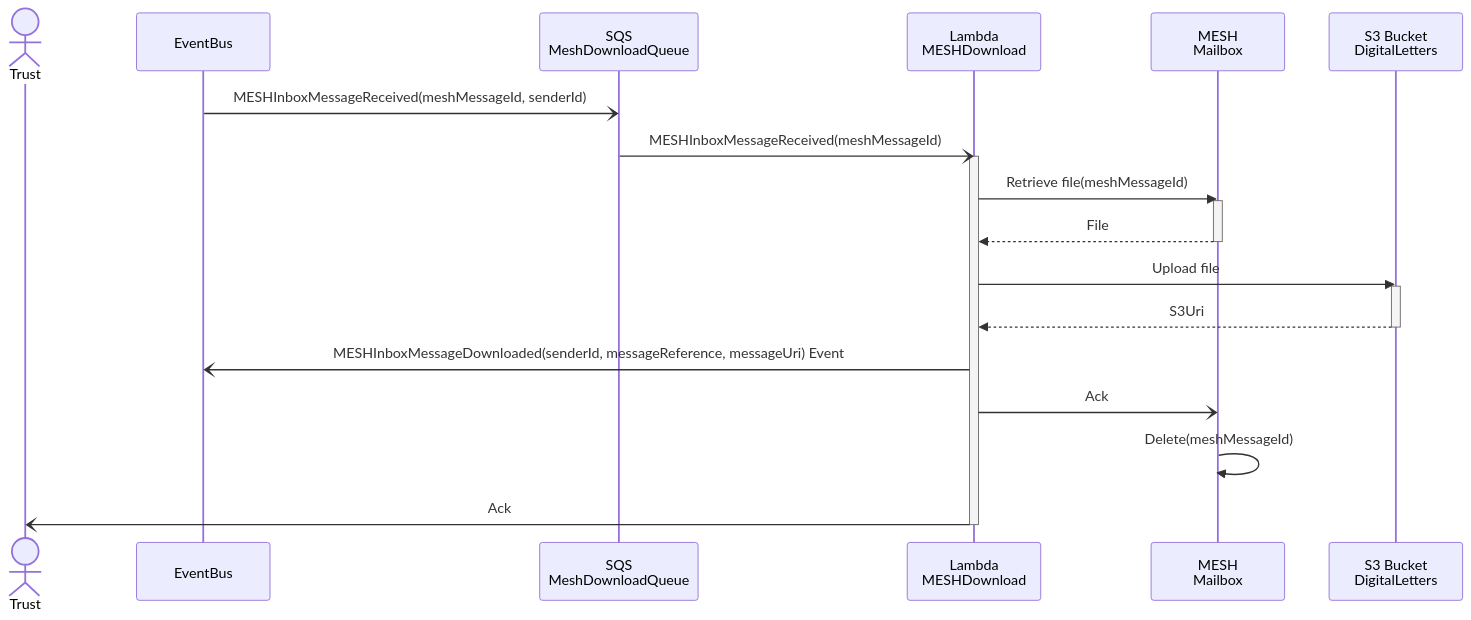
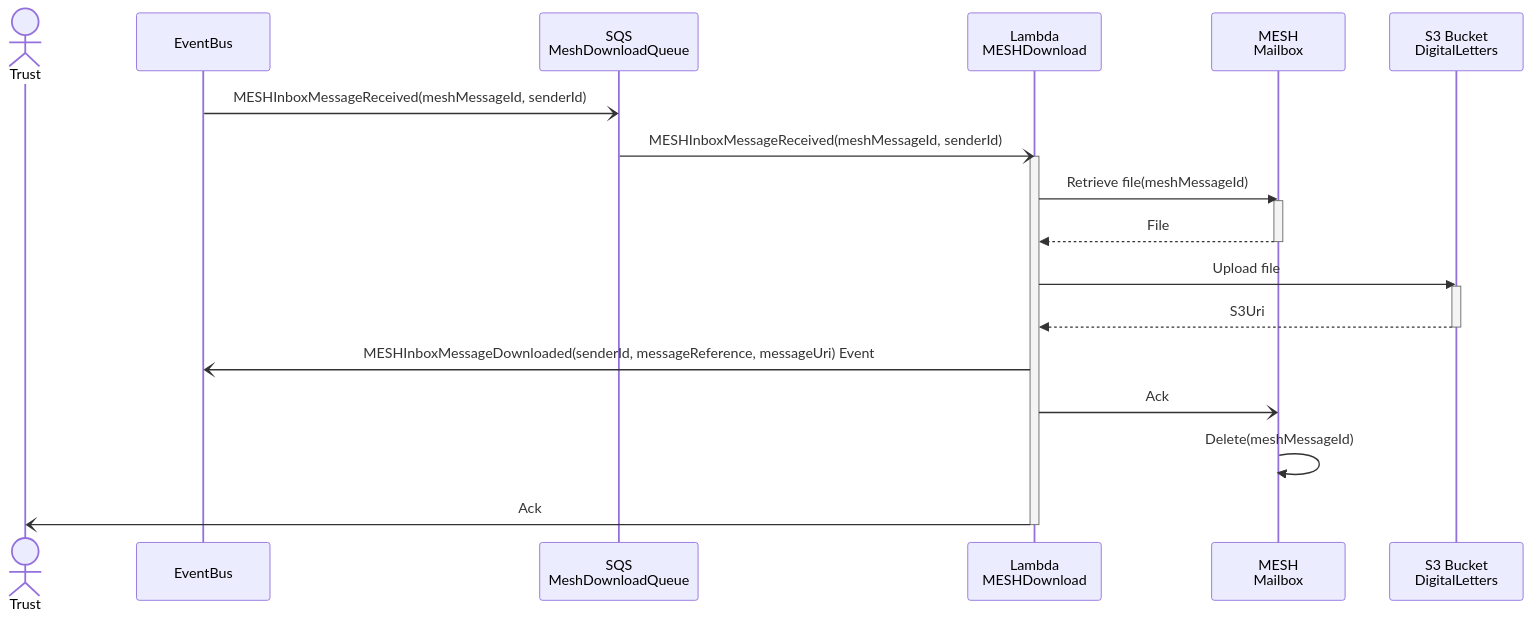
One commit to NHSDigital/nhs-notify-digital-letters changed the diagram in docs/collections/_diagrams/sequence-mesh-download.md. Above: the diagram before and after it, drawn with Mermaid.

````diff
--- a/docs/collections/_diagrams/sequence-mesh-download.md
+++ b/docs/collections/_diagrams/sequence-mesh-download.md
@@ -7,27 +7,27 @@
 ```mermaid
 
 sequenceDiagram
   actor trust as Trust
   participant eventBus as EventBus
   participant sqs as SQS<br/>MeshDownloadQueue
   participant meshDownload  as Lambda<br/>MESHDownload
   participant meshMailbox as MESH<br/>Mailbox
   participant s3 as S3 Bucket<br/>DigitalLetters
 
   eventBus -) sqs: MESHInboxMessageReceived(meshMessageId, senderId)
-  sqs -) meshDownload: MESHInboxMessageReceived(meshMessageId)
+  sqs -) meshDownload: MESHInboxMessageReceived(meshMessageId, senderId)
   activate meshDownload
     meshDownload ->> meshMailbox: Retrieve file(meshMessageId)
     activate meshMailbox
       meshMailbox -->> meshDownload: File
     deactivate meshMailbox
     meshDownload ->> s3: Upload file
     activate s3
       s3 -->> meshDownload: S3Uri
     deactivate s3
     meshDownload -) eventBus: MESHInboxMessageDownloaded(senderId, messageReference, messageUri) Event
     meshDownload -) meshMailbox: Ack
     meshMailbox ->> meshMailbox: Delete(meshMessageId)
     meshDownload -) trust: Ack
   deactivate meshDownload
 ```
````
